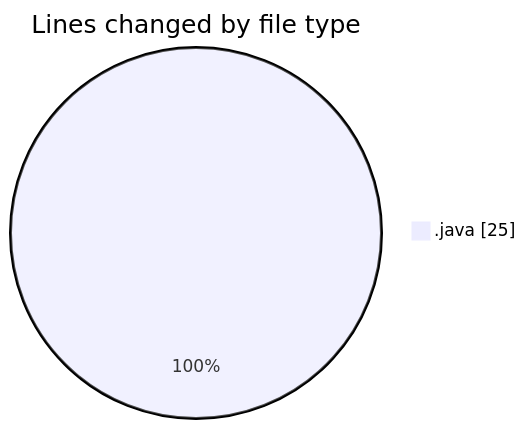
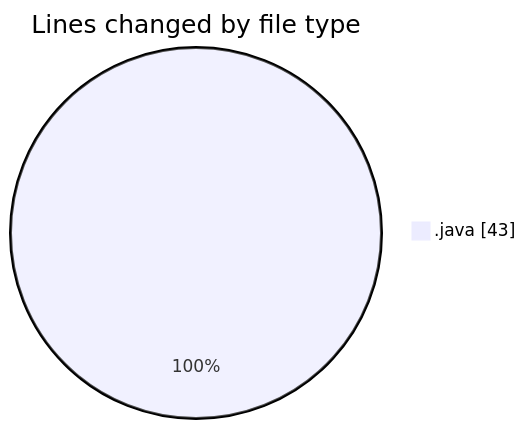
Before and after one commit to NitaiMahat/code-tracking: the first of 2 diagrams in 2025-02-27/coding_prac_8/README.md, drawn with Mermaid. The commit also changed other lines of this file and 1 other file, not shown here.

````diff
--- a/2025-02-27/coding_prac_8/README.md
+++ b/2025-02-27/coding_prac_8/README.md
@@ -20,5 +21,5 @@
 ```mermaid
 pie showData
 title Lines changed by file type
-".java" : 25
+".java" : 43
 ```
````
